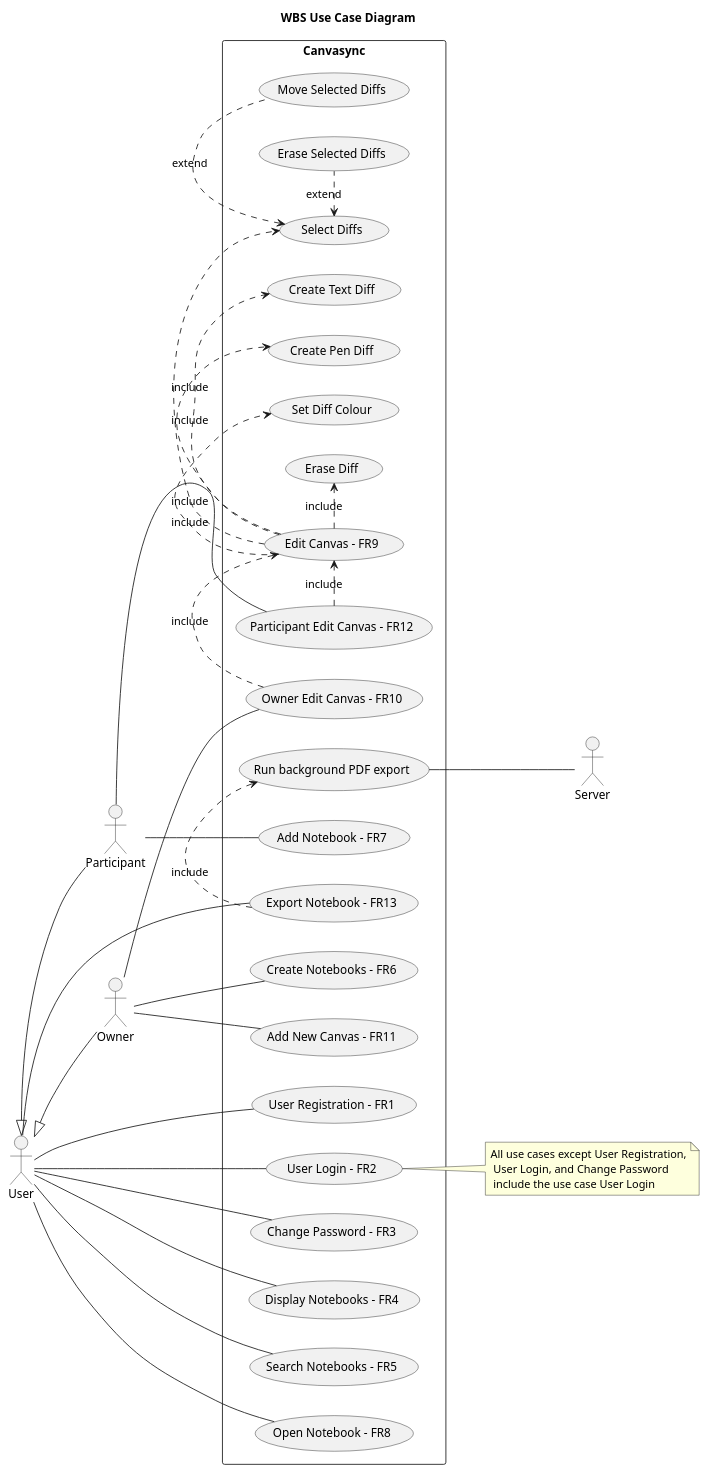
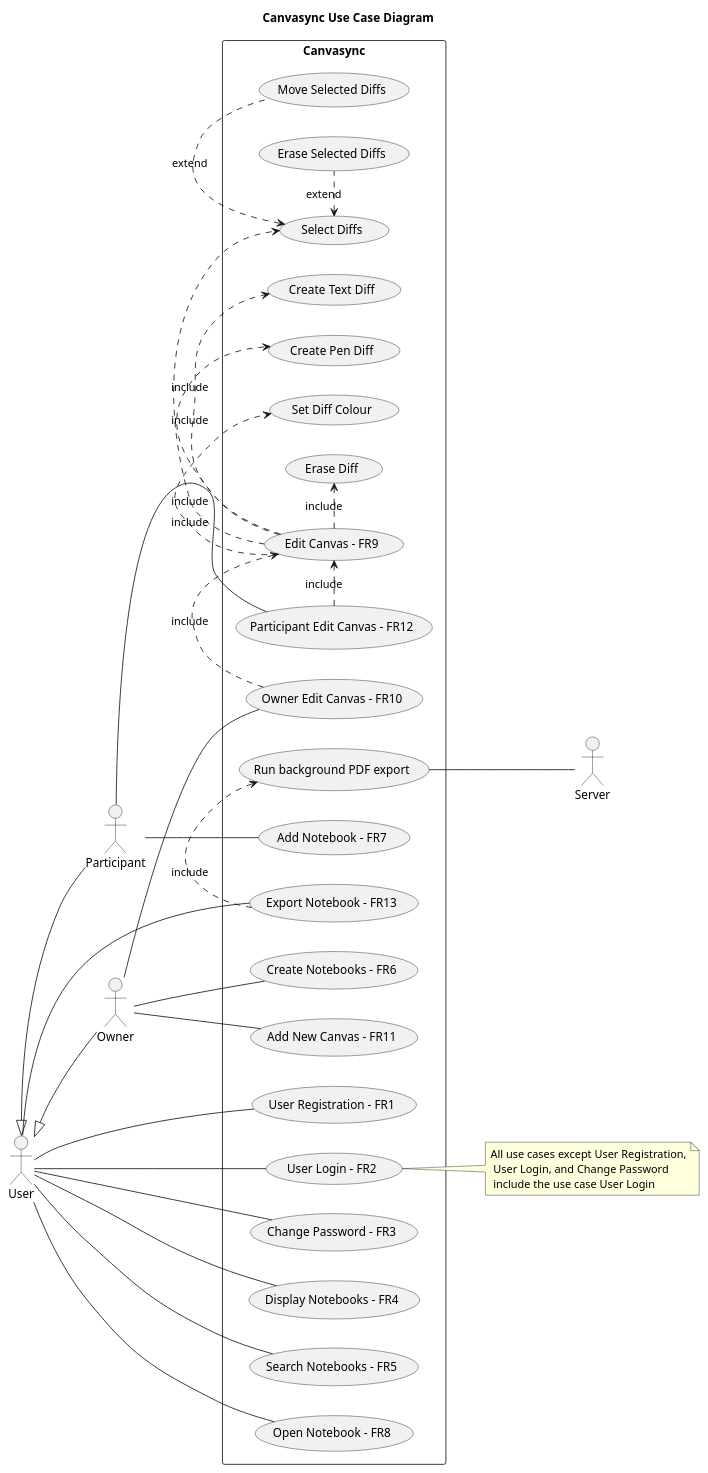
One commit to calebschoepp/canvasync changed the diagram in docs/usecase.plantuml. Above: the diagram before and after it, drawn with PlantUML. The commit also changed 1 other file, not shown here.

```diff
--- a/docs/usecase.plantuml
+++ b/docs/usecase.plantuml
@@ -1,77 +1,77 @@
-@startuml WBS Use Case Diagram
-title WBS Use Case Diagram
+@startuml Use Case Diagram
+title Canvasync Use Case Diagram
 left to right direction
 
 actor User as user
 actor Server as server
 actor "Participant" as participant
 actor Owner as owner
 user <|-- owner
 user <|-- participant
 rectangle Canvasync {
     (User Registration - FR1) as (UC1)
     (User Login - FR2) as (UC2)
     (Change Password - FR3) as (UC3)
     (Display Notebooks - FR4) as (UC4)
     (Search Notebooks - FR5) as (UC5)
     (Create Notebooks - FR6) as (UC6)
     (Add Notebook - FR7) as (UC7)
     (Open Notebook - FR8) as (UC8)
     (Edit Canvas - FR9) as (UC9)
     (Create Text Diff) as (UC10)
     (Create Pen Diff) as (UC11)
     (Set Diff Colour) as (UC12)
     (Erase Diff) as (UC13)
     (Select Diffs) as (UC14)
     (Erase Selected Diffs) as (UC15)
     (Move Selected Diffs) as (UC16)
     (Owner Edit Canvas - FR10) as (UC17)
     (Add New Canvas - FR11) as (UC18)
     (Participant Edit Canvas - FR12) as (UC19)
     (Export Notebook - FR13) as (UC20)
     (Run background PDF export) as (UC21)
 
     'user registration
     user -- (UC1)
     ' user login
     user -- (UC2)
     ' change password
     user -- (UC3)
     ' display notebooks
     user -- (UC4)
     ' open notebook
     user -- (UC8)
     ' search notebooks
     user -- (UC5)
     ' owner create notebooks
     owner -- (UC6)
     ' participant adds notebook
     participant -- (UC7)
     ' owner edit canvas
     owner -- (UC17)
     ' owner add new canvas
     owner -- (UC18)
     ' export notebook
     user -- (UC20)
     ' server runs background job
     (UC21) -- server
     ' participant edit canvas
     participant -- (UC19)
     ' edit canvas include diff functionality
     (UC9) .> (UC10) : include
     (UC9) .> (UC11) : include
     (UC9) .> (UC12) : include
     (UC9) .> (UC13) : include
     (UC9) .> (UC14) : include
     ' select diffs is extended by delete and move selected diffs
     (UC14) <. (UC15) : extend
     (UC14) <. (UC16) : extend
     ' owner and participant edit includes edit canvas
     (UC17) .> (UC9) : include
     (UC19) .> (UC9) : include
     ' export pdf includes background job
     (UC20) .> (UC21) : include
 }
 note right of (UC2) : All use cases except User Registration,\n User Login, and Change Password\n include the use case User Login
 
 @enduml
```
